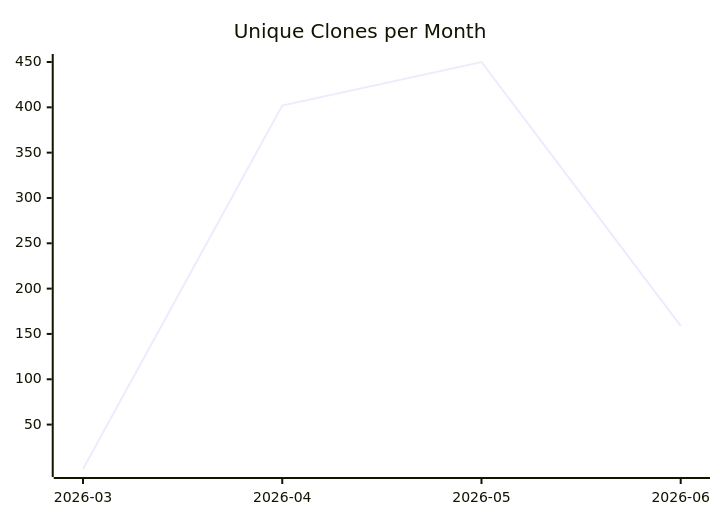
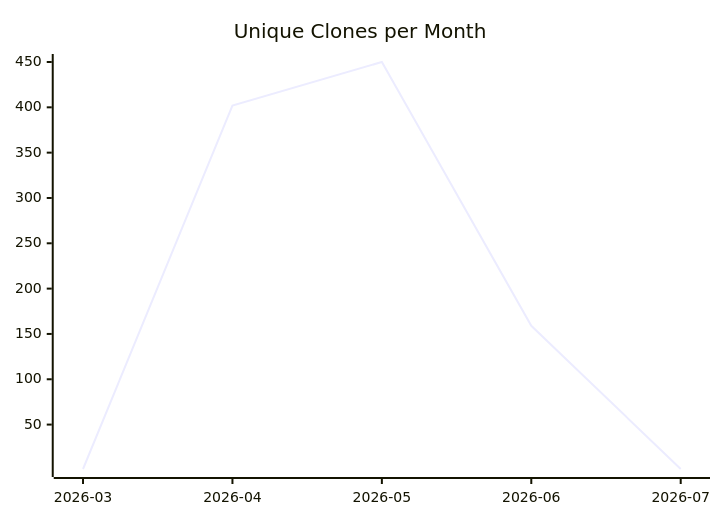
The third of 3 diagrams in justdavis-family/justdavis/README.md (justdavis-family/github-analytics-data), drawn with Mermaid before and after one commit. The commit also changed other lines of this file and 199 other files, not shown here.

````diff
--- a/justdavis-family/justdavis/README.md
+++ b/justdavis-family/justdavis/README.md
@@ -19,6 +19,6 @@
 ```mermaid
 xychart-beta
   title "Unique Clones per Month"
-  x-axis ["2026-03", "2026-04", "2026-05", "2026-06"]
-  line [1, 402, 450, 159]
+  x-axis ["2026-03", "2026-04", "2026-05", "2026-06", "2026-07"]
+  line [1, 402, 450, 159, 1]
 ```
````
